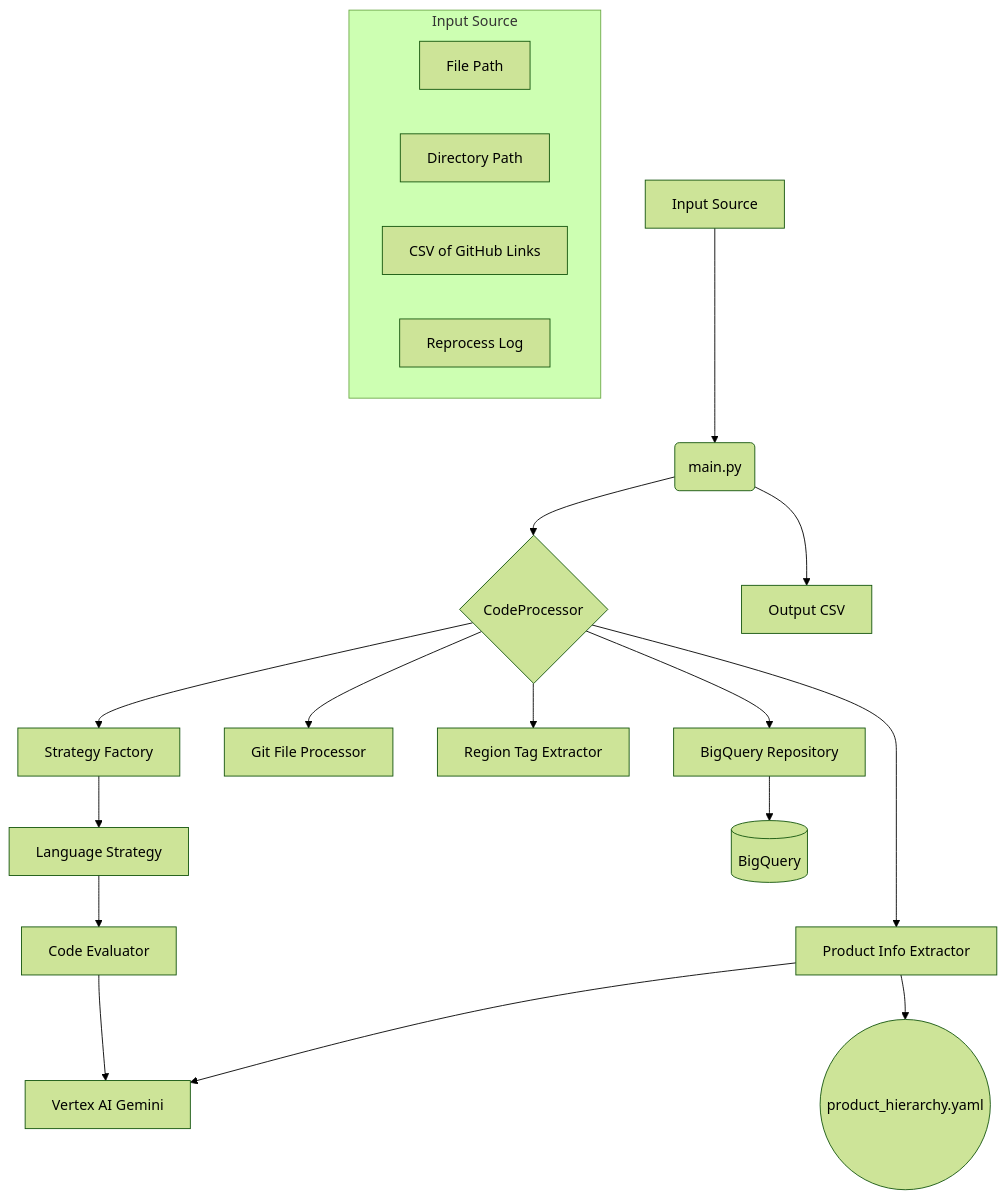
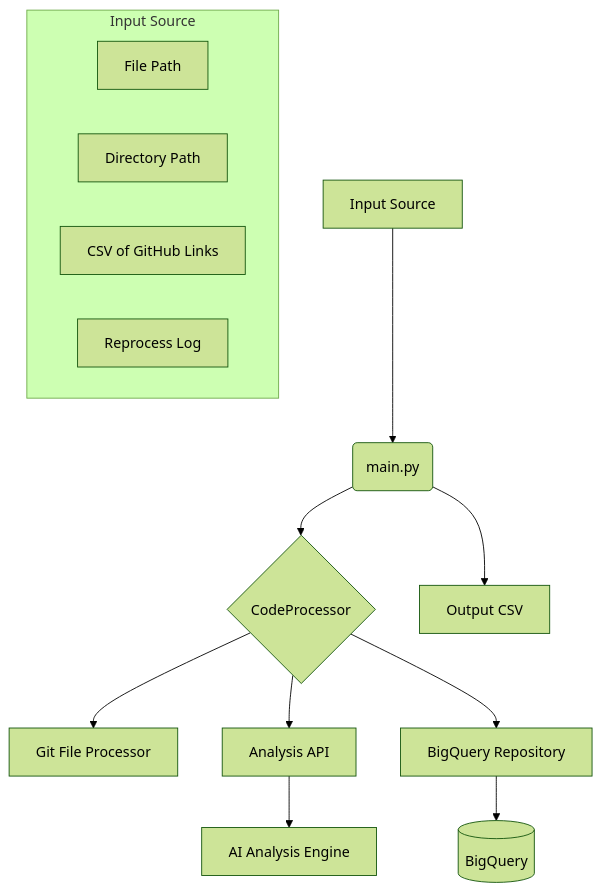
One commit to joeshirey/JSRepoAnalysis changed the first of 2 diagrams in docs/TECHNICAL_DESIGN.md. Above: the diagram before and after it, drawn with Mermaid (forest theme). The commit also changed other lines of this file and 8 other files, not shown here.

First line of the commit message:
refactor(api): Integrate external API for code analysis

````diff
--- a/docs/TECHNICAL_DESIGN.md
+++ b/docs/TECHNICAL_DESIGN.md
@@ -13,29 +13,21 @@
 ```mermaid
 graph TD
     A[Input Source] --> B(main.py);
     subgraph Input Source
         direction LR
         C1[File Path];
         C2[Directory Path];
         C3[CSV of GitHub Links];
         C4[Reprocess Log];
     end
 
     B --> F{CodeProcessor};
     B --> O[Output CSV];
 
-    F --> G[Strategy Factory];
-    G --> H[Language Strategy];
-    H --> I[Code Evaluator];
-    I --> J[Vertex AI Gemini];
+    F --> K[Git File Processor];
+    F --> L[Analysis API];
+    L --> J[AI Analysis Engine];
     
-    F --> K[Git File Processor];
-    F --> L[Region Tag Extractor];
-    
-    F --> P[Product Info Extractor];
-    P --> Q((product_hierarchy.yaml));
-    P --> J;
-
     F --> M[BigQuery Repository];
     M --> N[(BigQuery)];
 ```
````
